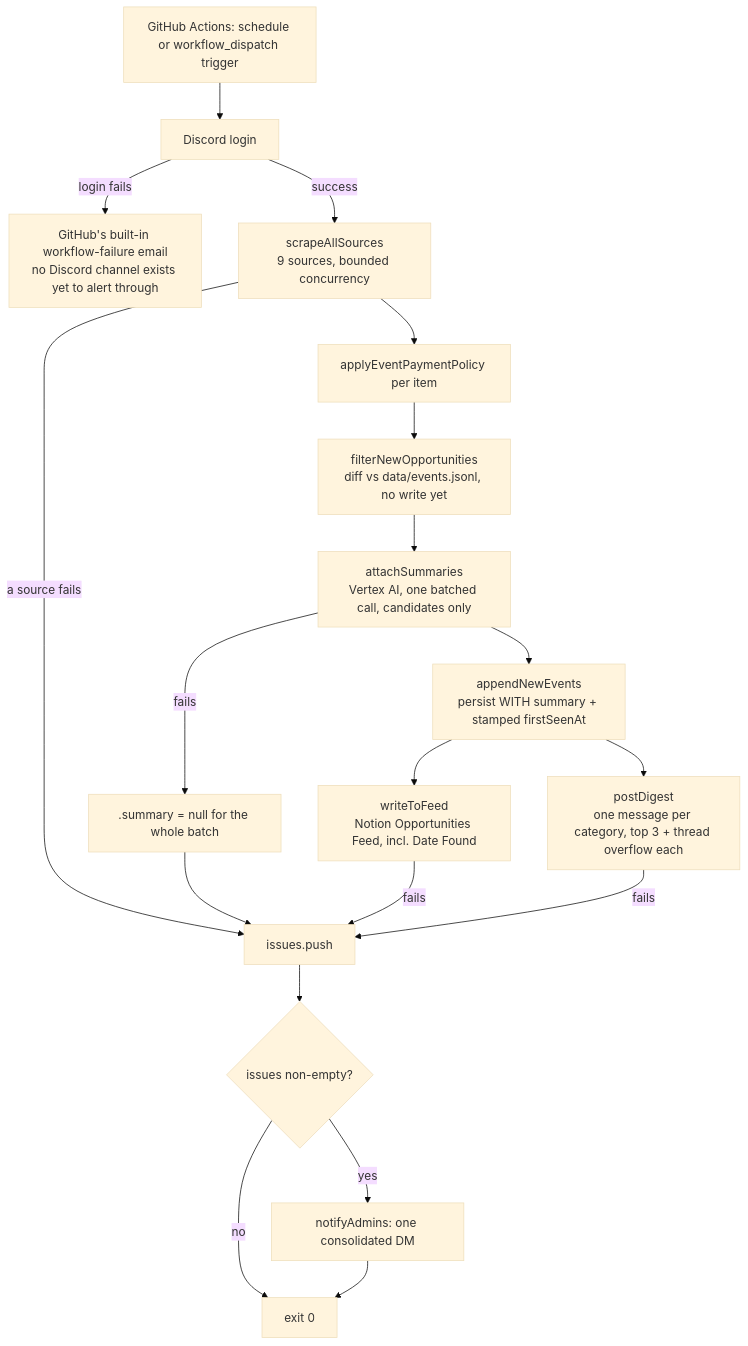
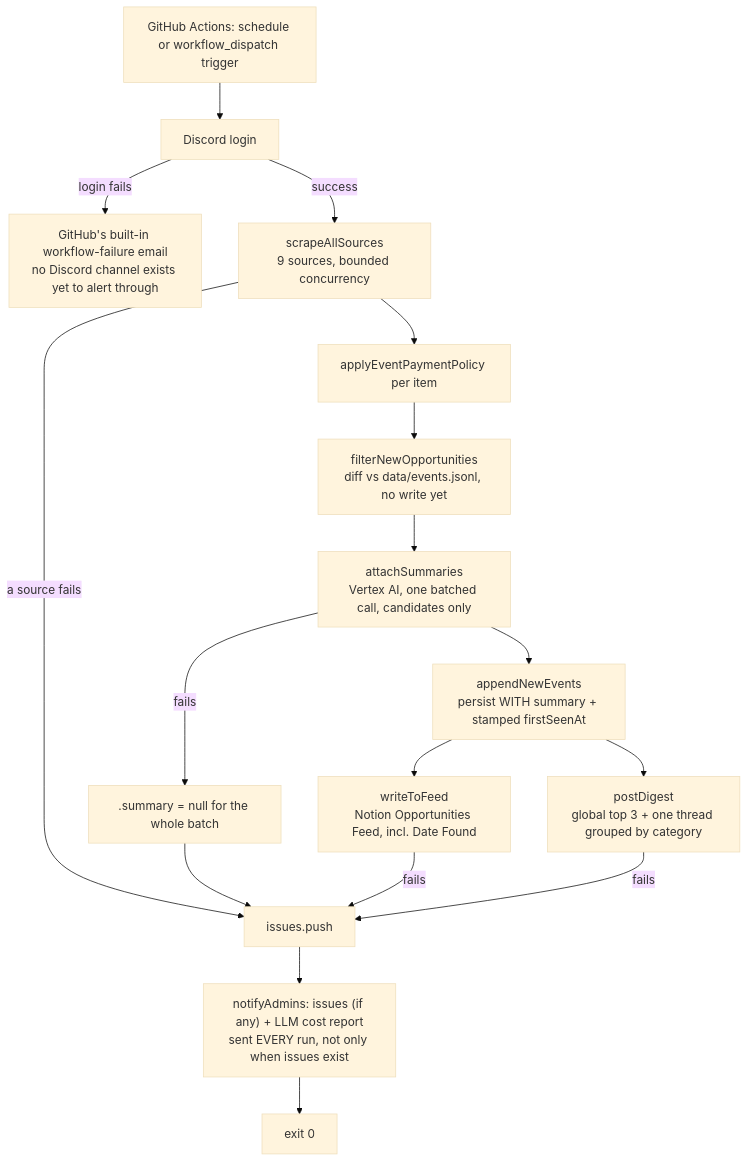
One commit to nihlt/opps-bot-for-discord changed the diagram in docs/architecture.md. Above: the diagram before and after it, drawn with Mermaid (base theme). The commit also changed other lines of this file and 12 other files, not shown here.

````diff
--- a/docs/architecture.md
+++ b/docs/architecture.md
@@ -7,21 +7,19 @@
 ```mermaid
 flowchart TD
     T[GitHub Actions: schedule or workflow_dispatch trigger] --> L[Discord login]
     L -->|login fails| G["GitHub's built-in workflow-failure email<br/>no Discord channel exists yet to alert through"]
     L -->|success| S["scrapeAllSources<br/>9 sources, bounded concurrency"]
     S --> P[applyEventPaymentPolicy per item]
     P --> F["filterNewOpportunities<br/>diff vs data/events.jsonl, no write yet"]
     F --> V["attachSummaries<br/>Vertex AI, one batched call, candidates only"]
     V -->|fails| V2[".summary = null for the whole batch"]
     V --> D["appendNewEvents<br/>persist WITH summary + stamped firstSeenAt"]
     D --> N["writeToFeed<br/>Notion Opportunities Feed, incl. Date Found"]
-    D --> C["postDigest<br/>one message per category, top 3 + thread overflow each"]
+    D --> C["postDigest<br/>global top 3 + one thread grouped by category"]
     S -->|a source fails| I[issues.push]
     V2 --> I
     N -->|fails| I
     C -->|fails| I
-    I --> A{issues non-empty?}
-    A -->|yes| M["notifyAdmins: one consolidated DM"]
-    A -->|no| E["exit 0"]
-    M --> E
+    I --> M["notifyAdmins: issues (if any) + LLM cost report<br/>sent EVERY run, not only when issues exist"]
+    M --> E["exit 0"]
 ```
````
